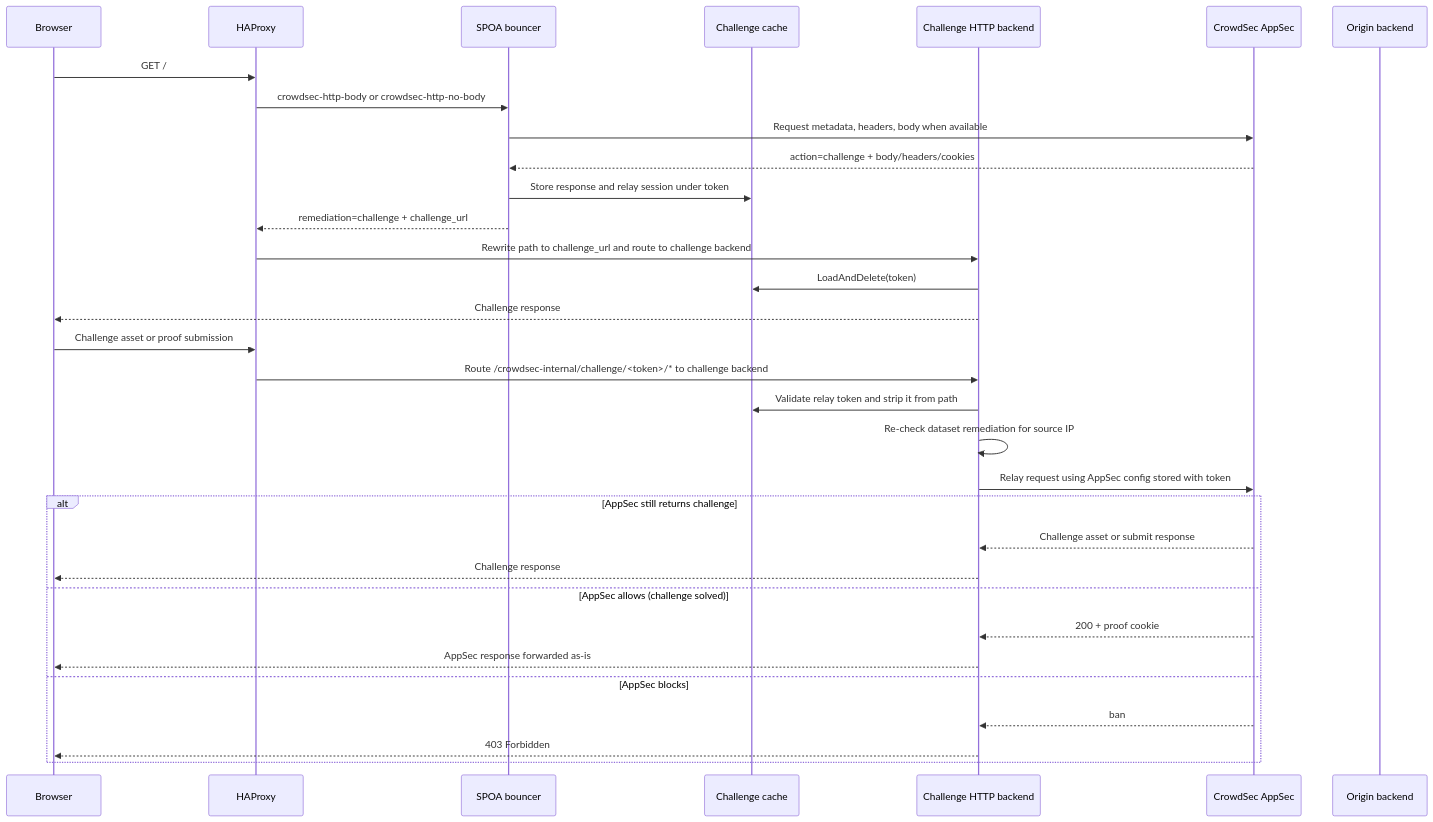
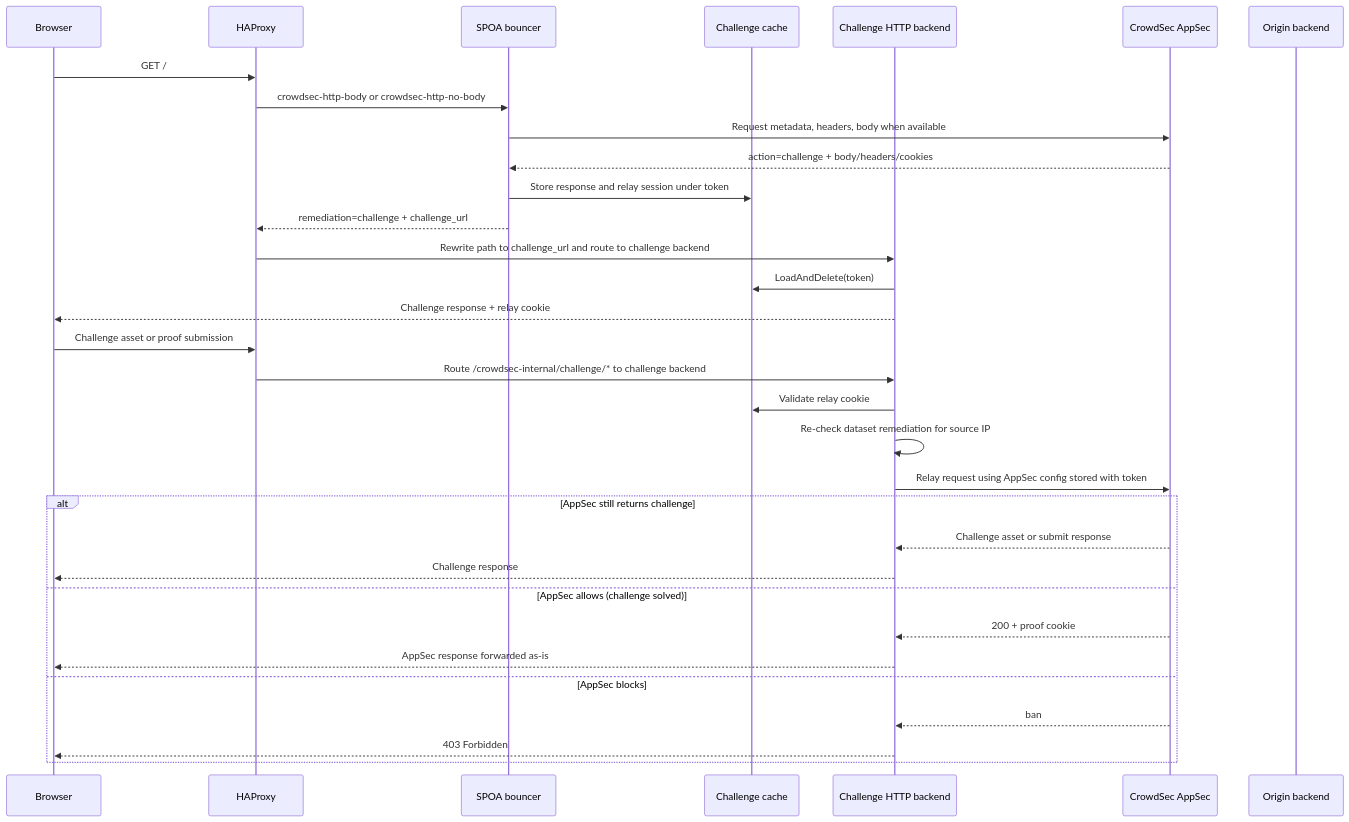
One commit to crowdsecurity/cs-haproxy-spoa-bouncer changed the diagram in CHALLENGE.md. Above: the diagram before and after it, drawn with Mermaid. The commit also changed other lines of this file and 2 other files, not shown here.

Commit message:
Set an HttpOnly relay cookie on the challenge page and use it to resolve /crowdsec-internal/challenge/* requests without rewriting AppSec HTML/JS.

````diff
--- a/CHALLENGE.md
+++ b/CHALLENGE.md
@@ -34,37 +37,37 @@
 ```mermaid
 sequenceDiagram
     participant Browser
     participant HAProxy
     participant SPOA as SPOA bouncer
     participant Cache as Challenge cache
     participant HTTP as Challenge HTTP backend
     participant AppSec as CrowdSec AppSec
     participant Backend as Origin backend
 
     Browser->>HAProxy: GET /
     HAProxy->>SPOA: crowdsec-http-body or crowdsec-http-no-body
     SPOA->>AppSec: Request metadata, headers, body when available
     AppSec-->>SPOA: action=challenge + body/headers/cookies
     SPOA->>Cache: Store response and relay session under token
     SPOA-->>HAProxy: remediation=challenge + challenge_url
     HAProxy->>HTTP: Rewrite path to challenge_url and route to challenge backend
     HTTP->>Cache: LoadAndDelete(token)
-    HTTP-->>Browser: Challenge response
+    HTTP-->>Browser: Challenge response + relay cookie
 
     Browser->>HAProxy: Challenge asset or proof submission
-    HAProxy->>HTTP: Route /crowdsec-internal/challenge/<token>/* to challenge backend
-    HTTP->>Cache: Validate relay token and strip it from path
+    HAProxy->>HTTP: Route /crowdsec-internal/challenge/* to challenge backend
+    HTTP->>Cache: Validate relay cookie
     HTTP->>HTTP: Re-check dataset remediation for source IP
     HTTP->>AppSec: Relay request using AppSec config stored with token
 
     alt AppSec still returns challenge
         AppSec-->>HTTP: Challenge asset or submit response
         HTTP-->>Browser: Challenge response
     else AppSec allows (challenge solved)
         AppSec-->>HTTP: 200 + proof cookie
         HTTP-->>Browser: AppSec response forwarded as-is
     else AppSec blocks
         AppSec-->>HTTP: ban
         HTTP-->>Browser: 403 Forbidden
     end
 ```
````
